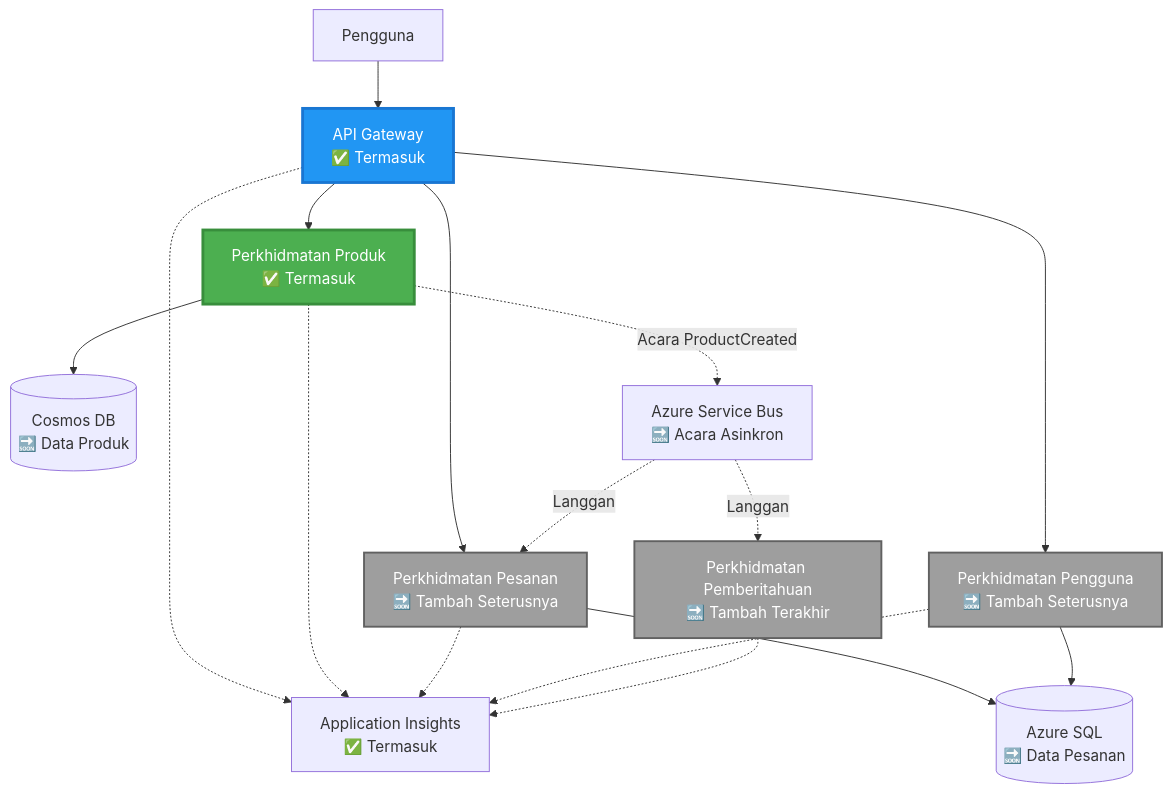
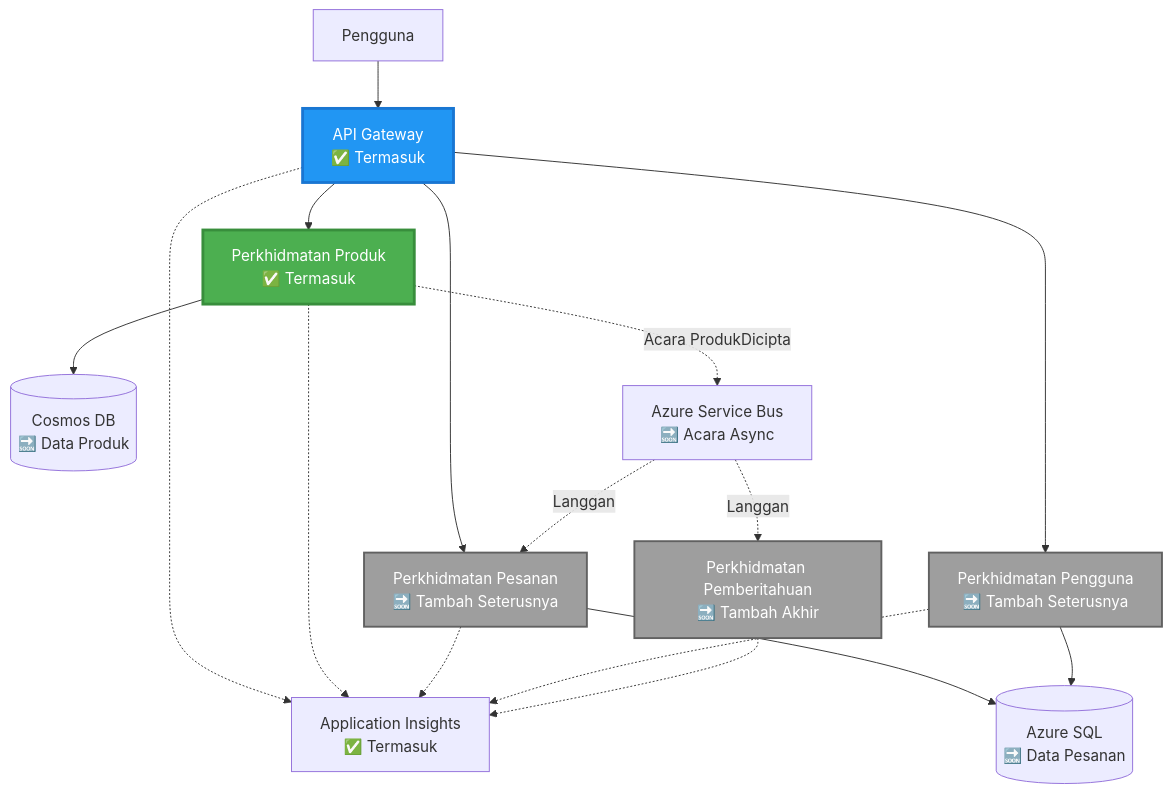
The second of 4 diagrams in translations/ms/examples/microservices/README.md (microsoft/AZD-for-beginners), drawn with Mermaid before and after one commit. The commit also changed other lines of this file and 242 other files, not shown here.

````diff
--- a/translations/ms/examples/microservices/README.md
+++ b/translations/ms/examples/microservices/README.md
@@ -78,39 +69,39 @@
 ```mermaid
 graph TB
     User[Pengguna]
     Gateway[API Gateway<br/>✅ Termasuk]
     Product[Perkhidmatan Produk<br/>✅ Termasuk]
     Order[Perkhidmatan Pesanan<br/>🔜 Tambah Seterusnya]
     UserSvc[Perkhidmatan Pengguna<br/>🔜 Tambah Seterusnya]
-    Notify[Perkhidmatan Pemberitahuan<br/>🔜 Tambah Terakhir]
+    Notify[Perkhidmatan Pemberitahuan<br/>🔜 Tambah Akhir]
     
     CosmosDB[(Cosmos DB<br/>🔜 Data Produk)]
     AzureSQL[(Azure SQL<br/>🔜 Data Pesanan)]
-    ServiceBus[Azure Service Bus<br/>🔜 Acara Asinkron]
+    ServiceBus[Azure Service Bus<br/>🔜 Acara Async]
     AppInsights[Application Insights<br/>✅ Termasuk]
     
     User --> Gateway
     Gateway --> Product
     Gateway --> Order
     Gateway --> UserSvc
     
     Product --> CosmosDB
     Order --> AzureSQL
     UserSvc --> AzureSQL
     
-    Product -.->|Acara ProductCreated| ServiceBus
+    Product -.->|Acara ProdukDicipta| ServiceBus
     ServiceBus -.->|Langgan| Notify
     ServiceBus -.->|Langgan| Order
     
     Gateway -.-> AppInsights
     Product -.-> AppInsights
     Order -.-> AppInsights
     UserSvc -.-> AppInsights
     Notify -.-> AppInsights
     
     style Product fill:#4CAF50,stroke:#388E3C,stroke-width:3px,color:#fff
     style Gateway fill:#2196F3,stroke:#1976D2,stroke-width:3px,color:#fff
     style Order fill:#9E9E9E,stroke:#616161,stroke-width:2px,color:#fff
     style UserSvc fill:#9E9E9E,stroke:#616161,stroke-width:2px,color:#fff
     style Notify fill:#9E9E9E,stroke:#616161,stroke-width:2px,color:#fff
 ```
````
